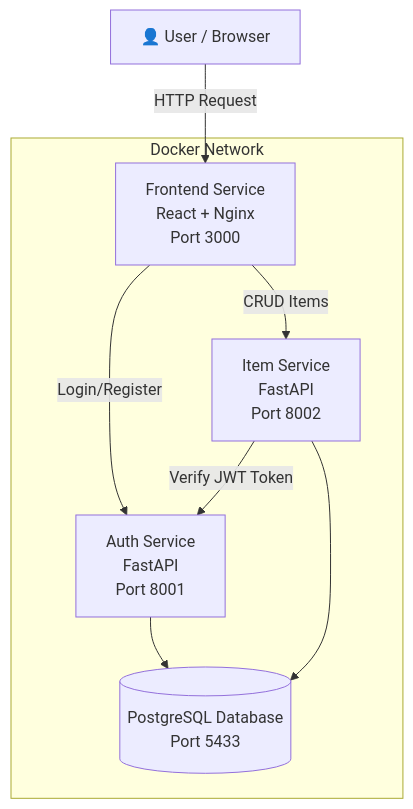
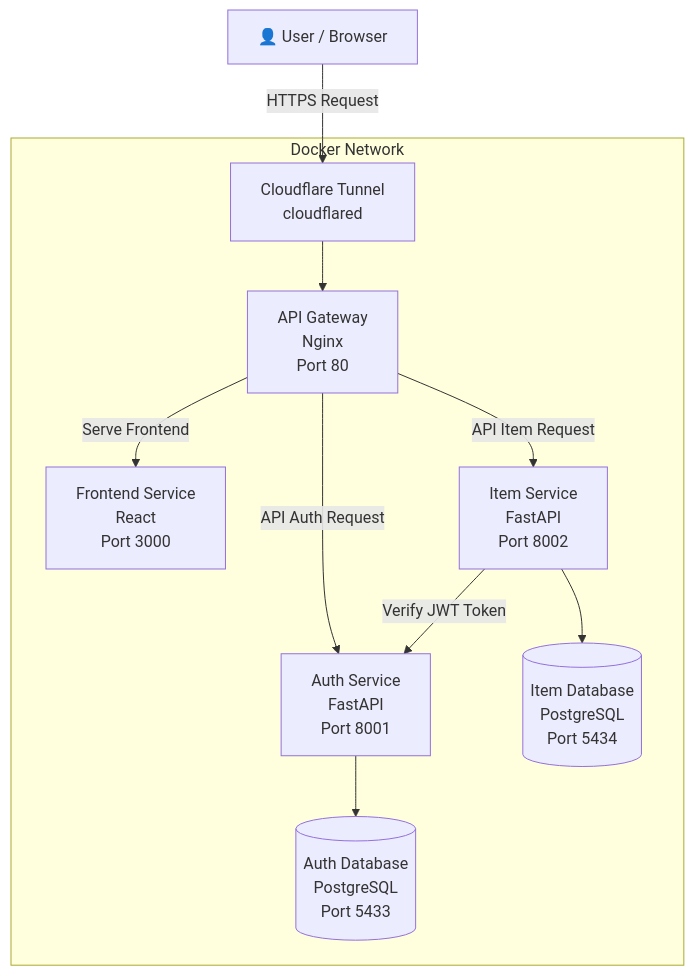
Before and after one commit to aidilsaputrakirsan-classroom/cc-kelompok-a-antek-antek-asing: the diagram in docs/architecture.md, drawn with Mermaid. The commit also changed other lines of this file, not shown here.

Commit message:
docs: Update  microservices architecture documentation

````diff
--- a/docs/architecture.md
+++ b/docs/architecture.md
@@ -18,26 +18,39 @@
 ```mermaid
 flowchart TD
 
     User[👤 User / Browser]
 
     subgraph Docker Network
-        Frontend[Frontend Service<br/>React + Nginx<br/>Port 3000]
+
+        Gateway[API Gateway<br/>Nginx<br/>Port 80]
+
+        Frontend[Frontend Service<br/>React<br/>Port 3000]
 
         Auth[Auth Service<br/>FastAPI<br/>Port 8001]
 
         Item[Item Service<br/>FastAPI<br/>Port 8002]
 
-        DB[(PostgreSQL Database<br/>Port 5433)]
+        AuthDB[(Auth Database<br/>PostgreSQL<br/>Port 5433)]
+
+        ItemDB[(Item Database<br/>PostgreSQL<br/>Port 5434)]
+
+        Tunnel[Cloudflare Tunnel<br/>cloudflared]
+
     end
 
-    User -->|HTTP Request| Frontend
+    User -->|HTTPS Request| Tunnel
 
-    Frontend -->|Login/Register| Auth
+    Tunnel --> Gateway
 
-    Frontend -->|CRUD Items| Item
+    Gateway -->|Serve Frontend| Frontend
+
+    Gateway -->|API Auth Request| Auth
+
+    Gateway -->|API Item Request| Item
 
     Item -->|Verify JWT Token| Auth
 
-    Auth --> DB
-    Item --> DB
+    Auth --> AuthDB
+
+    Item --> ItemDB
 ```
````
